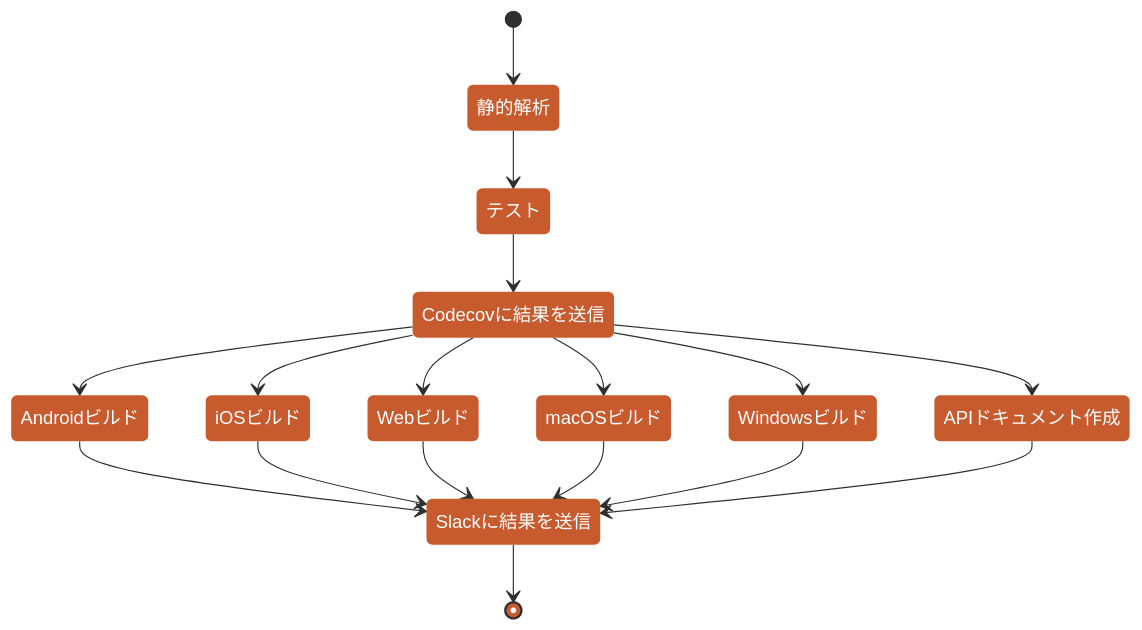
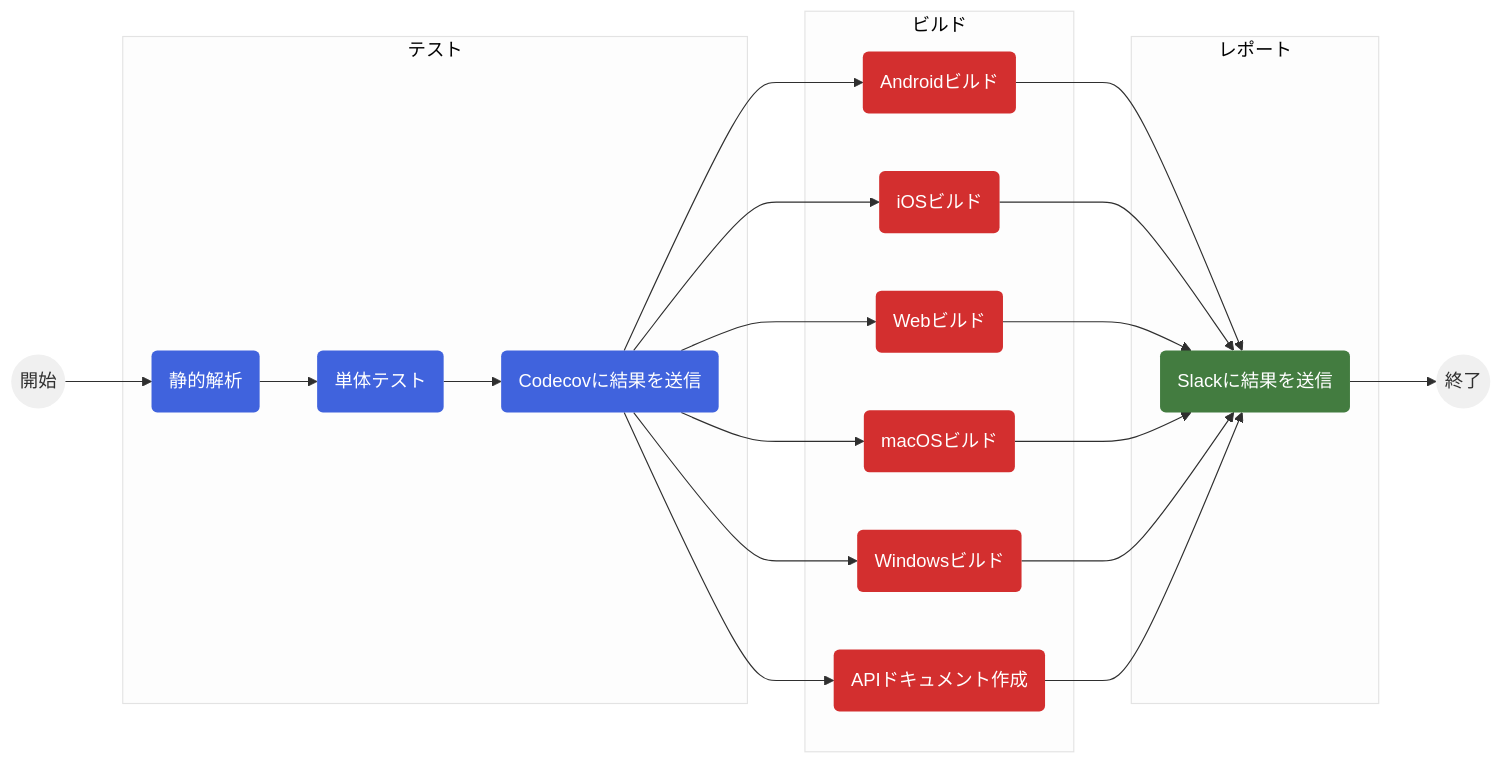
The second of 2 diagrams in README.md (susatthi/github-search), drawn with Mermaid before and after one commit.

Commit message:
#31 fix CI/CDの図を更新

````diff
--- a/README.md
+++ b/README.md
@@ -184,20 +184,35 @@
 ```mermaid
-%%{init:{'theme':'base','themeVariables':{'primaryColor':'#C85B2E','primaryTextColor':'#ffffff','lineColor':'#2f2f2f','fontSize':'16px','nodeBorder':'0px'}}}%%
-stateDiagram-v2 
-    [*] --> 静的解析
-    静的解析 --> テスト
-    テスト --> Codecovに結果を送信
-    Codecovに結果を送信 --> Androidビルド
-    Codecovに結果を送信 --> iOSビルド
-    Codecovに結果を送信 --> Webビルド
-    Codecovに結果を送信 --> macOSビルド
-    Codecovに結果を送信 --> Windowsビルド
-    Codecovに結果を送信 --> APIドキュメント作成
-    Androidビルド --> Slackに結果を送信
-    iOSビルド --> Slackに結果を送信
-    Webビルド --> Slackに結果を送信
-    macOSビルド --> Slackに結果を送信
-    Windowsビルド --> Slackに結果を送信
-    APIドキュメント作成 --> Slackに結果を送信
-    Slackに結果を送信 --> [*]
+%%{init:{'theme':'base','themeVariables':{'primaryColor':'#f0f0f0','primaryTextColor':'#2f2f2f', 'lineColor':'#2f2f2f','textColor':'#2f2f2f','fontSize':'16px','nodeBorder':'0px'}}}%%
+flowchart LR
+    Start((開始)) --> Analyze(静的解析)
+    subgraph テスト
+    Analyze --> Test(単体テスト)
+    Test --> UploadCoverage(Codecovに結果を送信)
+    end
+    subgraph ビルド
+    UploadCoverage --> BuildAndroid(Androidビルド)
+    UploadCoverage --> BuildiOS(iOSビルド)
+    UploadCoverage --> BuildWeb(Webビルド)
+    UploadCoverage --> BuildMacOS(macOSビルド)
+    UploadCoverage --> BuildWindows(Windowsビルド)
+    UploadCoverage --> CreateApiDoc(APIドキュメント作成)
+    end
+    subgraph レポート
+    BuildAndroid --> NotifySlack(Slackに結果を送信)
+    BuildiOS --> NotifySlack
+    BuildWeb --> NotifySlack
+    BuildMacOS --> NotifySlack
+    BuildWindows --> NotifySlack
+    CreateApiDoc --> NotifySlack
+    end
+    NotifySlack --> End((終了))
+
+    classDef anchor fill:#4063DD, color:#ffffff;
+    classDef testJob fill:#4063DD, color:#ffffff;
+    classDef buildJob fill:#d32f2f, color:#ffffff;
+    classDef reportJob fill:#437C40, color:#ffffff;
+    %% class Start,End anchor;
+    class Analyze,Test,UploadCoverage testJob;
+    class BuildAndroid,BuildiOS,BuildWeb,BuildMacOS,BuildWindows,CreateApiDoc buildJob;
+    class NotifySlack reportJob;
 ```
````
